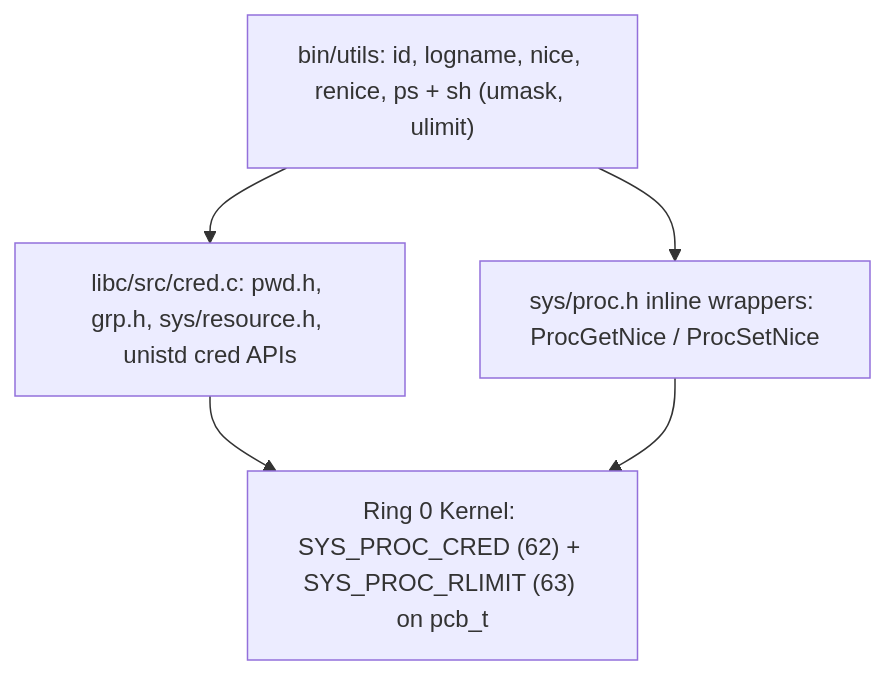
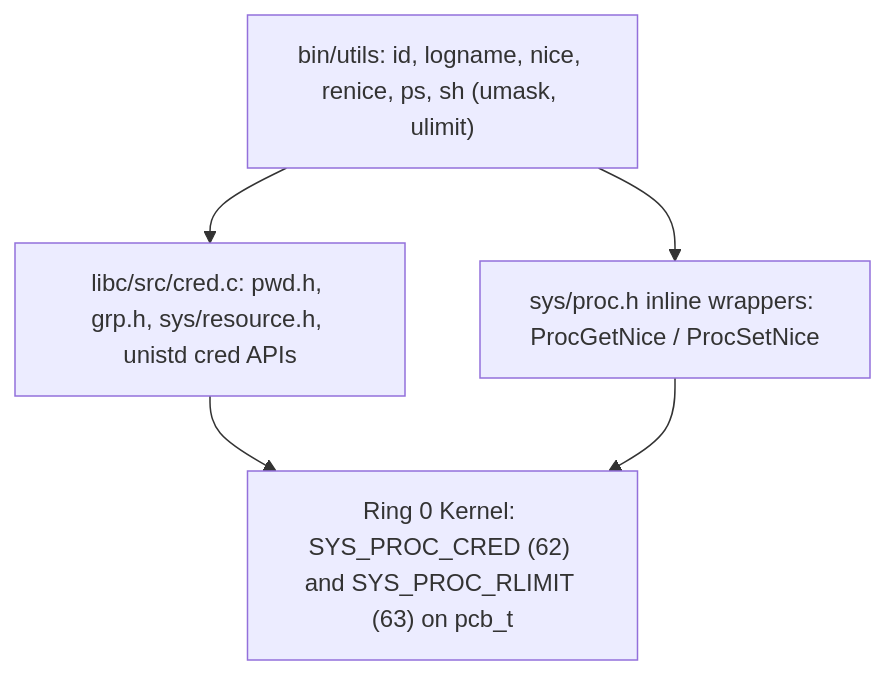
One commit to Deniz-Eren/microkernel changed the diagram in docs/30-architecture/adr/ADR_0029.md. Above: the diagram before and after it, drawn with Mermaid. The commit also changed other lines of this file and 151 other files, not shown here.

````diff
--- a/docs/30-architecture/adr/ADR_0029.md
+++ b/docs/30-architecture/adr/ADR_0029.md
@@ -24,12 +23,12 @@
 ```mermaid
 flowchart TD
-    UTILS["bin/utils: id, logname, nice, renice, ps + sh (umask, ulimit)"]
+    UTILS["bin/utils: id, logname, nice, renice, ps, sh (umask, ulimit)"]
     LIBC["libc/src/cred.c: pwd.h, grp.h, sys/resource.h, unistd cred APIs"]
     NATIVE["sys/proc.h inline wrappers: ProcGetNice / ProcSetNice"]
-    KERN["Ring 0 Kernel: SYS_PROC_CRED (62) + SYS_PROC_RLIMIT (63) on pcb_t"]
+    KERN["Ring 0 Kernel: SYS_PROC_CRED (62) and SYS_PROC_RLIMIT (63) on pcb_t"]
 
     UTILS --> LIBC
     UTILS --> NATIVE
     LIBC --> KERN
     NATIVE --> KERN
 ```
````
